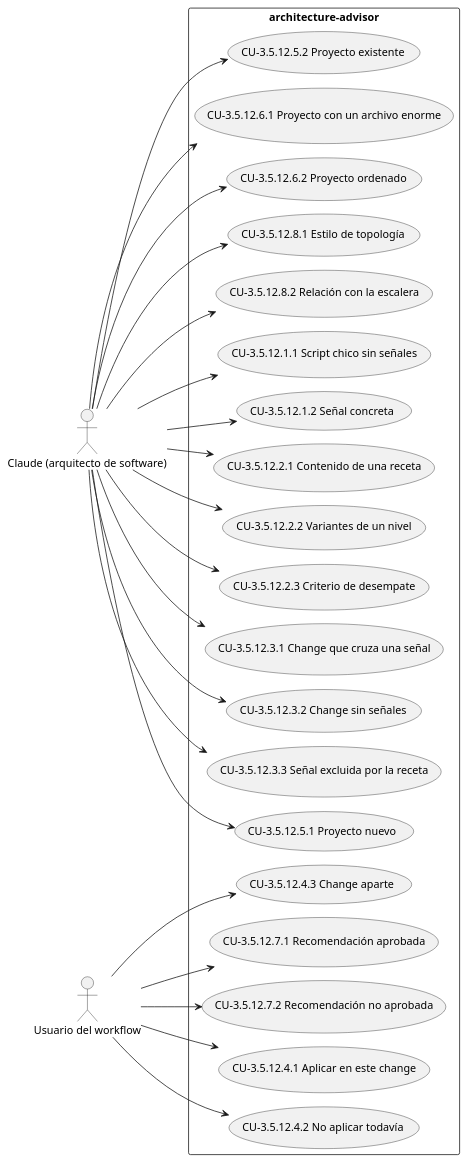
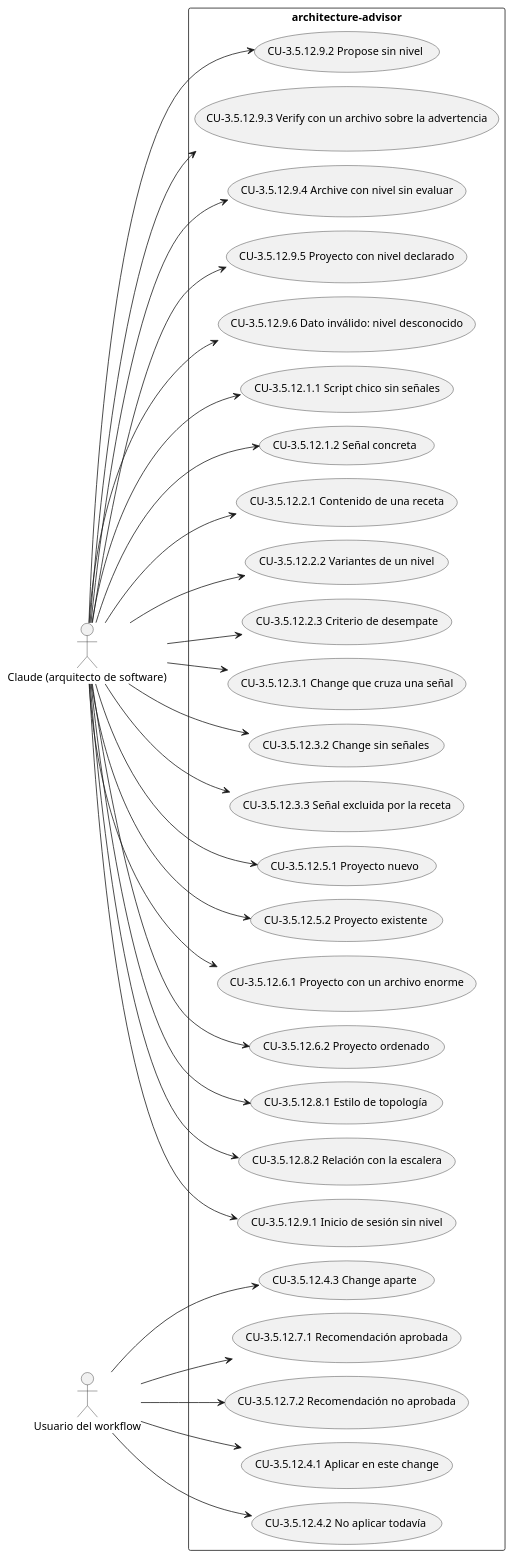
The diagram in docs/diagramas/CAP-3.5.12.puml (Lautaro-Montecchiani/sdd-global-config), drawn with PlantUML before and after one commit. The commit also changed 3 other files, not shown here.

```diff
--- a/docs/diagramas/CAP-3.5.12.puml
+++ b/docs/diagramas/CAP-3.5.12.puml
@@ -1,46 +1,58 @@
 @startuml
 !pragma layout smetana
 left to right direction
 actor "Claude (arquitecto de software)" as A1
 actor "Usuario del workflow" as A2
 rectangle "architecture-advisor" {
   usecase "CU-3.5.12.1.1 Script chico sin señales" as UC_3_5_12_1_1
   usecase "CU-3.5.12.1.2 Señal concreta" as UC_3_5_12_1_2
   usecase "CU-3.5.12.2.1 Contenido de una receta" as UC_3_5_12_2_1
   usecase "CU-3.5.12.2.2 Variantes de un nivel" as UC_3_5_12_2_2
   usecase "CU-3.5.12.2.3 Criterio de desempate" as UC_3_5_12_2_3
   usecase "CU-3.5.12.3.1 Change que cruza una señal" as UC_3_5_12_3_1
   usecase "CU-3.5.12.3.2 Change sin señales" as UC_3_5_12_3_2
   usecase "CU-3.5.12.3.3 Señal excluida por la receta" as UC_3_5_12_3_3
   usecase "CU-3.5.12.4.1 Aplicar en este change" as UC_3_5_12_4_1
   usecase "CU-3.5.12.4.2 No aplicar todavía" as UC_3_5_12_4_2
   usecase "CU-3.5.12.4.3 Change aparte" as UC_3_5_12_4_3
   usecase "CU-3.5.12.5.1 Proyecto nuevo" as UC_3_5_12_5_1
   usecase "CU-3.5.12.5.2 Proyecto existente" as UC_3_5_12_5_2
   usecase "CU-3.5.12.6.1 Proyecto con un archivo enorme" as UC_3_5_12_6_1
   usecase "CU-3.5.12.6.2 Proyecto ordenado" as UC_3_5_12_6_2
   usecase "CU-3.5.12.7.1 Recomendación aprobada" as UC_3_5_12_7_1
   usecase "CU-3.5.12.7.2 Recomendación no aprobada" as UC_3_5_12_7_2
   usecase "CU-3.5.12.8.1 Estilo de topología" as UC_3_5_12_8_1
   usecase "CU-3.5.12.8.2 Relación con la escalera" as UC_3_5_12_8_2
+  usecase "CU-3.5.12.9.1 Inicio de sesión sin nivel" as UC_3_5_12_9_1
+  usecase "CU-3.5.12.9.2 Propose sin nivel" as UC_3_5_12_9_2
+  usecase "CU-3.5.12.9.3 Verify con un archivo sobre la advertencia" as UC_3_5_12_9_3
+  usecase "CU-3.5.12.9.4 Archive con nivel sin evaluar" as UC_3_5_12_9_4
+  usecase "CU-3.5.12.9.5 Proyecto con nivel declarado" as UC_3_5_12_9_5
+  usecase "CU-3.5.12.9.6 Dato inválido: nivel desconocido" as UC_3_5_12_9_6
 }
 A1 --> UC_3_5_12_1_1
 A1 --> UC_3_5_12_1_2
 A1 --> UC_3_5_12_2_1
 A1 --> UC_3_5_12_2_2
 A1 --> UC_3_5_12_2_3
 A1 --> UC_3_5_12_3_1
 A1 --> UC_3_5_12_3_2
 A1 --> UC_3_5_12_3_3
 A2 --> UC_3_5_12_4_1
 A2 --> UC_3_5_12_4_2
 A2 --> UC_3_5_12_4_3
 A1 --> UC_3_5_12_5_1
 A1 --> UC_3_5_12_5_2
 A1 --> UC_3_5_12_6_1
 A1 --> UC_3_5_12_6_2
 A2 --> UC_3_5_12_7_1
 A2 --> UC_3_5_12_7_2
 A1 --> UC_3_5_12_8_1
 A1 --> UC_3_5_12_8_2
+A1 --> UC_3_5_12_9_1
+A1 --> UC_3_5_12_9_2
+A1 --> UC_3_5_12_9_3
+A1 --> UC_3_5_12_9_4
+A1 --> UC_3_5_12_9_5
+A1 --> UC_3_5_12_9_6
 @enduml
```
